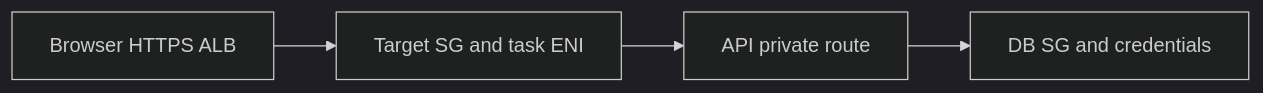
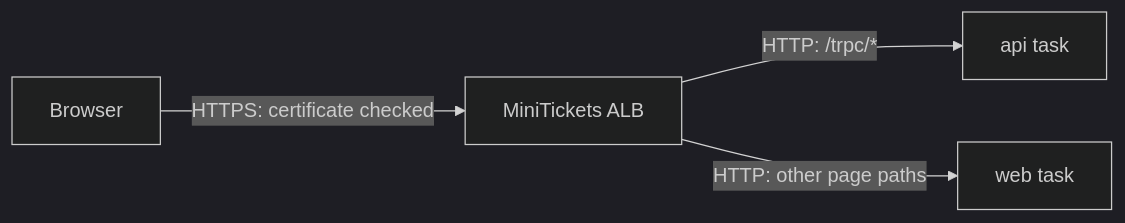
One commit to maheshnd/minitickets changed the diagram in docs/handbook/concepts/tls-termination.md. Above: the diagram before and after it, drawn with Mermaid (dark theme). The commit also changed other lines of this file and 119 other files, not shown here.

````diff
--- a/docs/handbook/concepts/tls-termination.md
+++ b/docs/handbook/concepts/tls-termination.md
@@ -17,7 +18,6 @@
 ```mermaid
 flowchart LR
-    n0["Browser HTTPS ALB"] --> n1
-    n1["Target SG and task ENI"] --> n2
-    n2["API private route"] --> n3
-    n3["DB SG and credentials"]
+    browser["Browser"] -->|"HTTPS: certificate checked"| alb["MiniTickets ALB"]
+    alb -->|"HTTP: /trpc/*"| api["api task"]
+    alb -->|"HTTP: other page paths"| web["web task"]
 ```
````
